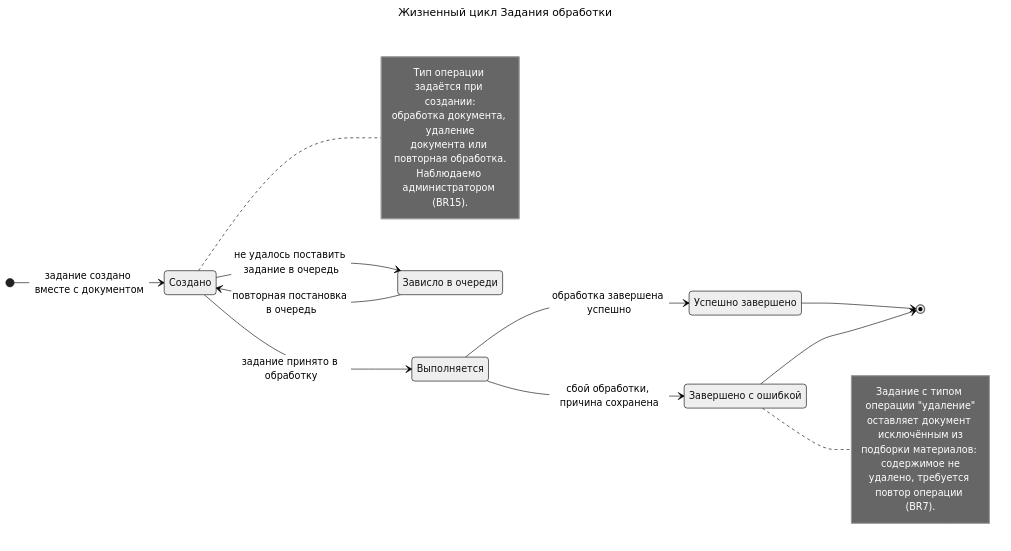
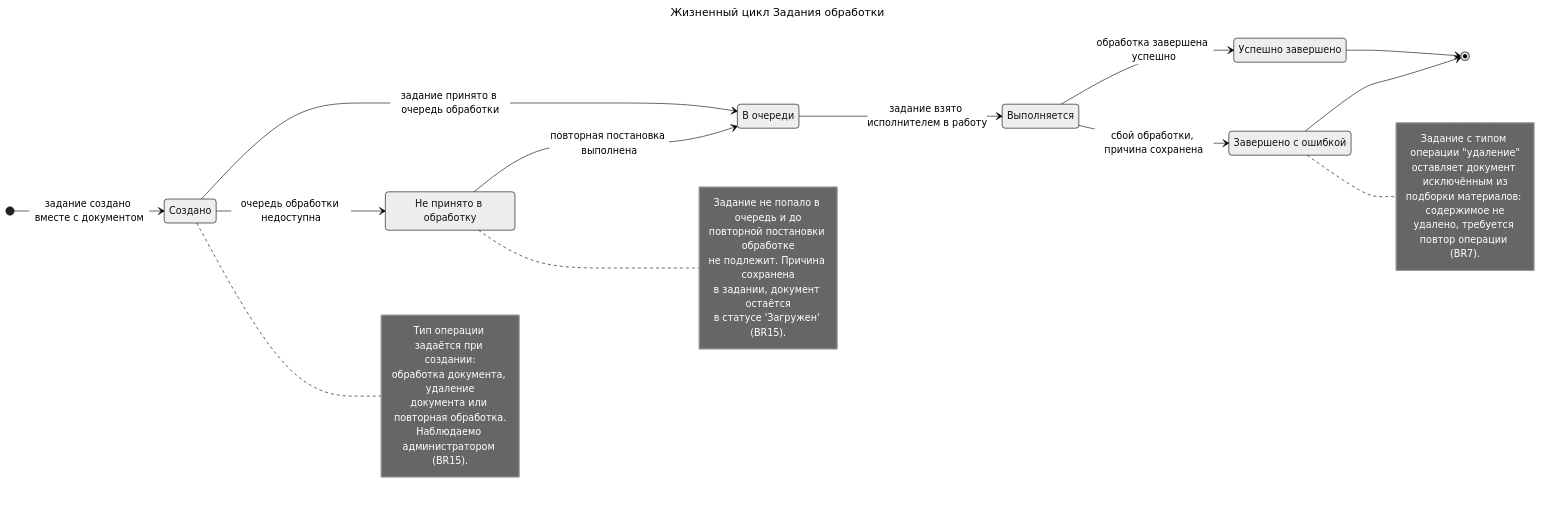
Before and after one commit to adsfryt/AI-chat-knowledge-bot: the diagram in 2-task/7/diagrams/job-state.mmd, drawn with Mermaid (neutral theme). The commit also changed 4 other files, not shown here.

```diff
--- a/2-task/7/diagrams/job-state.mmd
+++ b/2-task/7/diagrams/job-state.mmd
@@ -1,38 +1,47 @@
 ---
 title: Жизненный цикл Задания обработки
 ---
 stateDiagram-v2
     direction LR
 
     state "Создано" as Created
+    state "В очереди" as Queued
     state "Выполняется" as Running
     state "Успешно завершено" as Done
     state "Завершено с ошибкой" as Failed
-    state "Зависло в очереди" as Stuck
+    state "Не принято в обработку" as NotAccepted
 
     [*] --> Created : задание создано вместе с документом
 
-    Created --> Running : задание принято в обработку
-    Created --> Stuck : не удалось поставить задание в очередь
-
-    Stuck --> Created : повторная постановка в очередь
+    Created --> Queued : задание принято в очередь обработки
+    Created --> NotAccepted : очередь обработки недоступна
+    NotAccepted --> Queued : повторная постановка выполнена
+    Queued --> Running : задание взято исполнителем в работу
 
     Running --> Done : обработка завершена успешно
     Running --> Failed : сбой обработки, причина сохранена
 
     Done --> [*]
     Failed --> [*]
 
     note right of Created
         Тип операции задаётся при создании:
         обработка документа, удаление
         документа или повторная обработка.
         Наблюдаемо администратором (BR15).
     end note
 
+    note right of NotAccepted
+        Задание не попало в очередь и до
+        повторной постановки обработке
+        не подлежит. Причина сохранена
+        в задании, документ остаётся
+        в статусе 'Загружен' (BR15).
+    end note
+
     note right of Failed
         Задание с типом операции "удаление"
         оставляет документ исключённым из
         подборки материалов: содержимое не
         удалено, требуется повтор операции (BR7).
     end note
```
